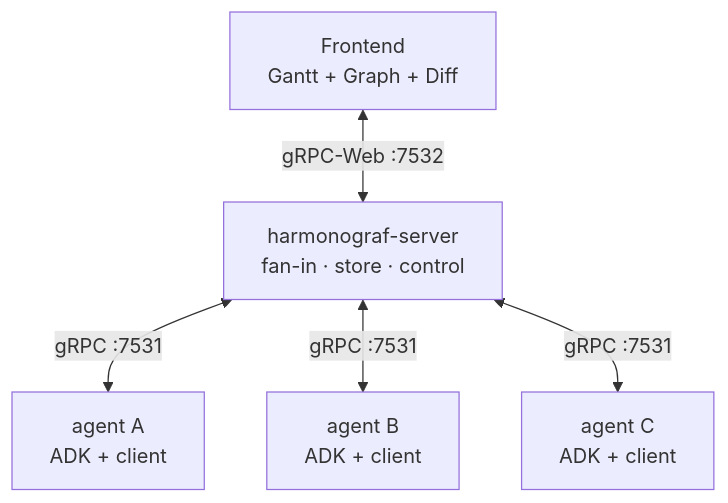
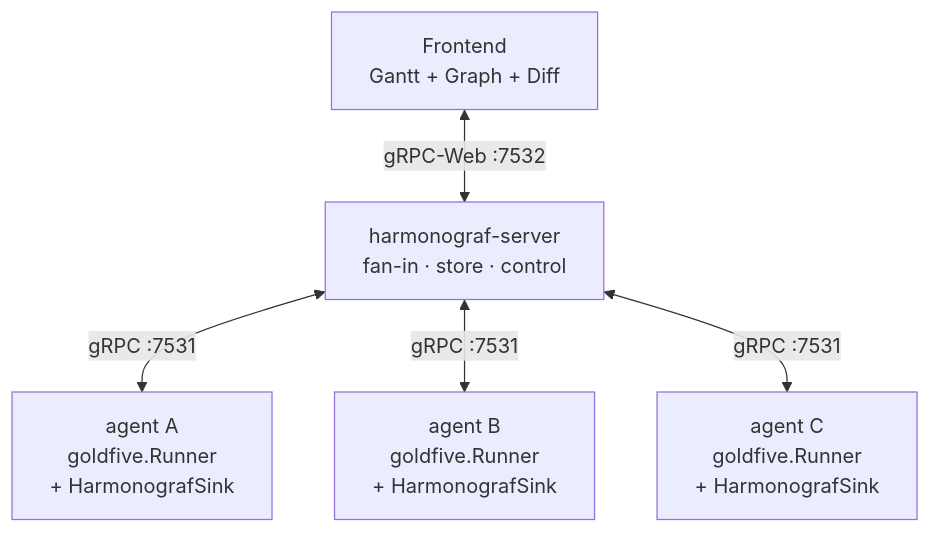
Before and after one commit to pedapudi/harmonograf: the diagram in README.md, drawn with Mermaid. The commit also changed other lines of this file and 17 other files, not shown here.

First line of the commit message:
docs: re-pitch harmonograf as the goldfive observability console (#8)

````diff
--- a/README.md
+++ b/README.md
@@ -66,12 +71,12 @@
 ```mermaid
 flowchart TD
     UI[Frontend<br/>Gantt + Graph + Diff]
     Server[harmonograf-server<br/>fan-in · store · control]
-    A[agent A<br/>ADK + client]
-    B[agent B<br/>ADK + client]
-    C[agent C<br/>ADK + client]
+    A[agent A<br/>goldfive.Runner<br/>+ HarmonografSink]
+    B[agent B<br/>goldfive.Runner<br/>+ HarmonografSink]
+    C[agent C<br/>goldfive.Runner<br/>+ HarmonografSink]
     UI <-- "gRPC-Web :7532" --> Server
     Server <-- "gRPC :7531" --> A
     Server <-- "gRPC :7531" --> B
     Server <-- "gRPC :7531" --> C
 ```
````
